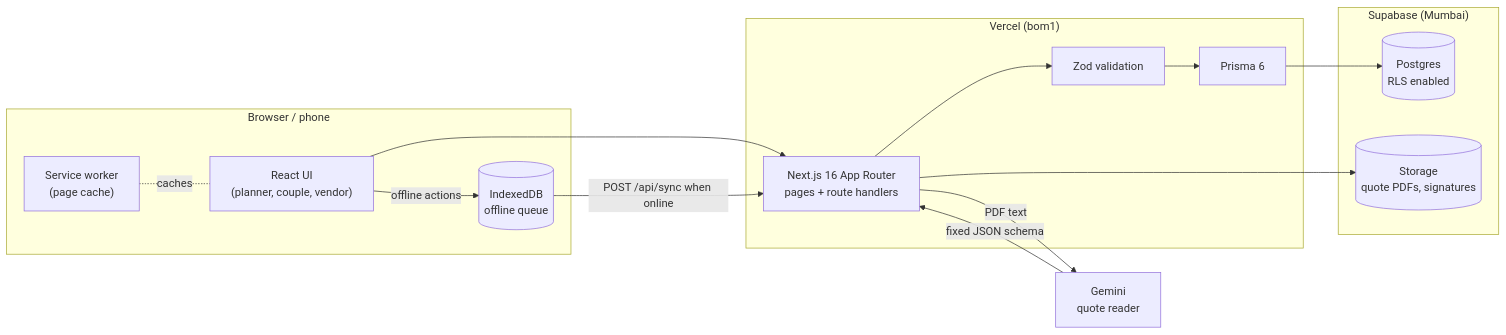
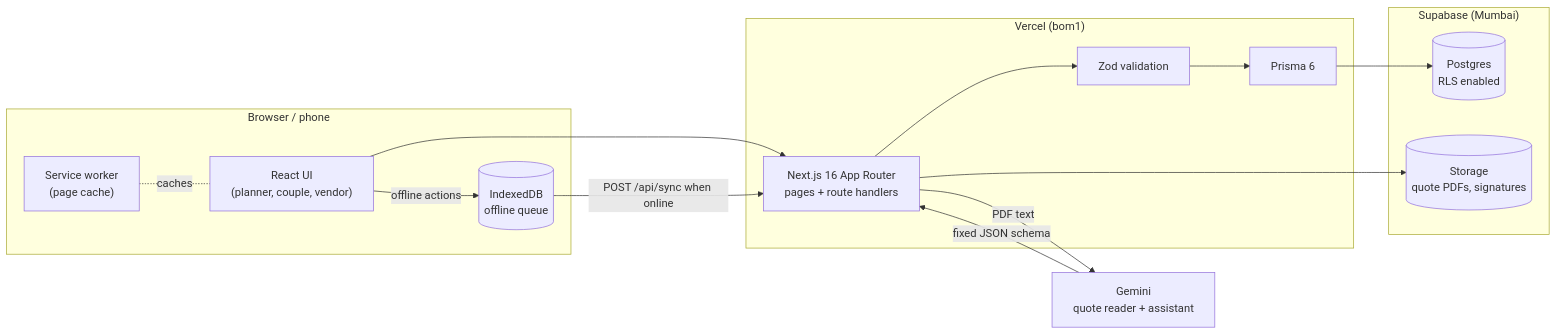
One commit to devesh1905/Wedding-Planner-Odoo-Hyderabad changed the first of 2 diagrams in README.md. Above: the diagram before and after it, drawn with Mermaid. The commit also changed other lines of this file and 5 other files, not shown here.

Commit message:
docs: architecture guide per folder, reading order, assistant features; format check in CI

````diff
--- a/README.md
+++ b/README.md
@@ -111,30 +119,30 @@
 ```mermaid
 flowchart LR
   subgraph Client["Browser / phone"]
     UI["React UI<br/>(planner, couple, vendor)"]
     SW["Service worker<br/>(page cache)"]
     IDB[("IndexedDB<br/>offline queue")]
   end
 
   subgraph Vercel["Vercel (bom1)"]
     NEXT["Next.js 16 App Router<br/>pages + route handlers"]
     ZOD["Zod validation"]
     PRISMA["Prisma 6"]
   end
 
   subgraph Supabase["Supabase (Mumbai)"]
     PG[("Postgres<br/>RLS enabled")]
     STORE[("Storage<br/>quote PDFs, signatures")]
   end
 
-  GEM["Gemini<br/>quote reader"]
+  GEM["Gemini<br/>quote reader + assistant"]
 
   UI --> NEXT
   UI -- "offline actions" --> IDB
   IDB -- "POST /api/sync when online" --> NEXT
   SW -. caches .- UI
   NEXT --> ZOD --> PRISMA --> PG
   NEXT --> STORE
   NEXT -- "PDF text" --> GEM
   GEM -- "fixed JSON schema" --> NEXT
 ```
````
